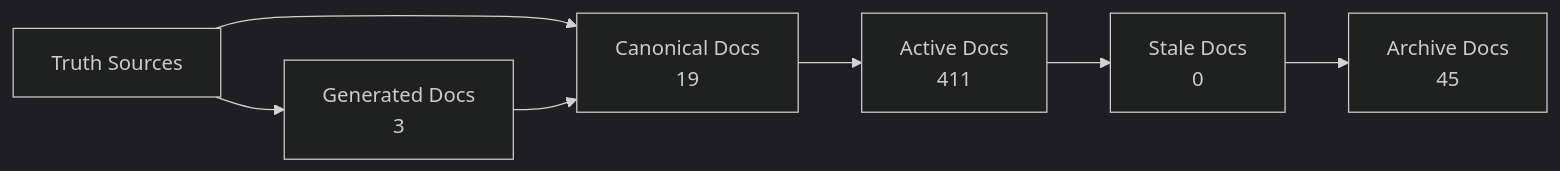
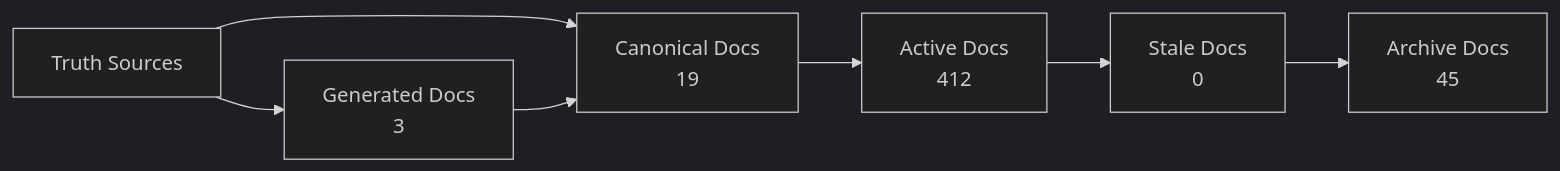
The diagram in docs/_generated/docs-trust-map.md (Latimer-Woods-Tech/Factory), drawn with Mermaid (dark theme) before and after one commit. The commit also changed other lines of this file and 6 other files, not shown here.

````diff
--- a/docs/_generated/docs-trust-map.md
+++ b/docs/_generated/docs-trust-map.md
@@ -20,14 +20,14 @@
 ```mermaid
 flowchart LR
   truth["Truth Sources"] --> canonical["Canonical Docs"]
   canonical --> active["Active Docs"]
   active --> stale["Stale Docs"]
   stale --> archive["Archive Docs"]
   canonical["Canonical Docs\n19"]
-  active["Active Docs\n411"]
+  active["Active Docs\n412"]
   stale["Stale Docs\n0"]
   archive["Archive Docs\n45"]
   generated["Generated Docs\n3"]
   truth --> generated
   generated --> canonical
 ```
````
